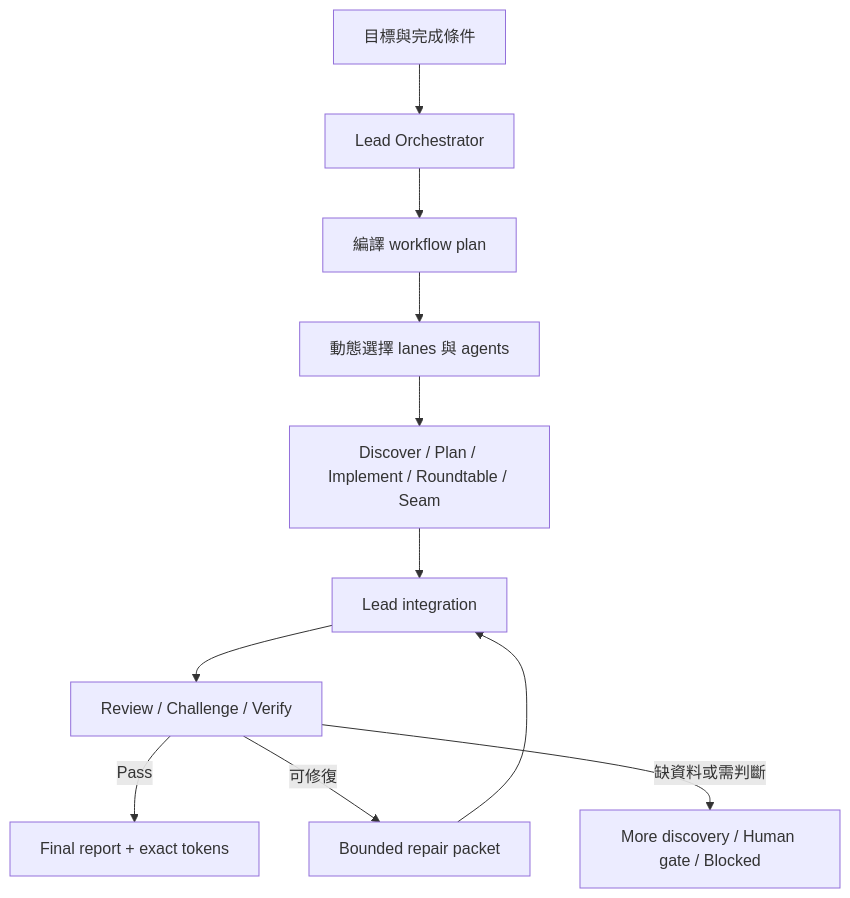
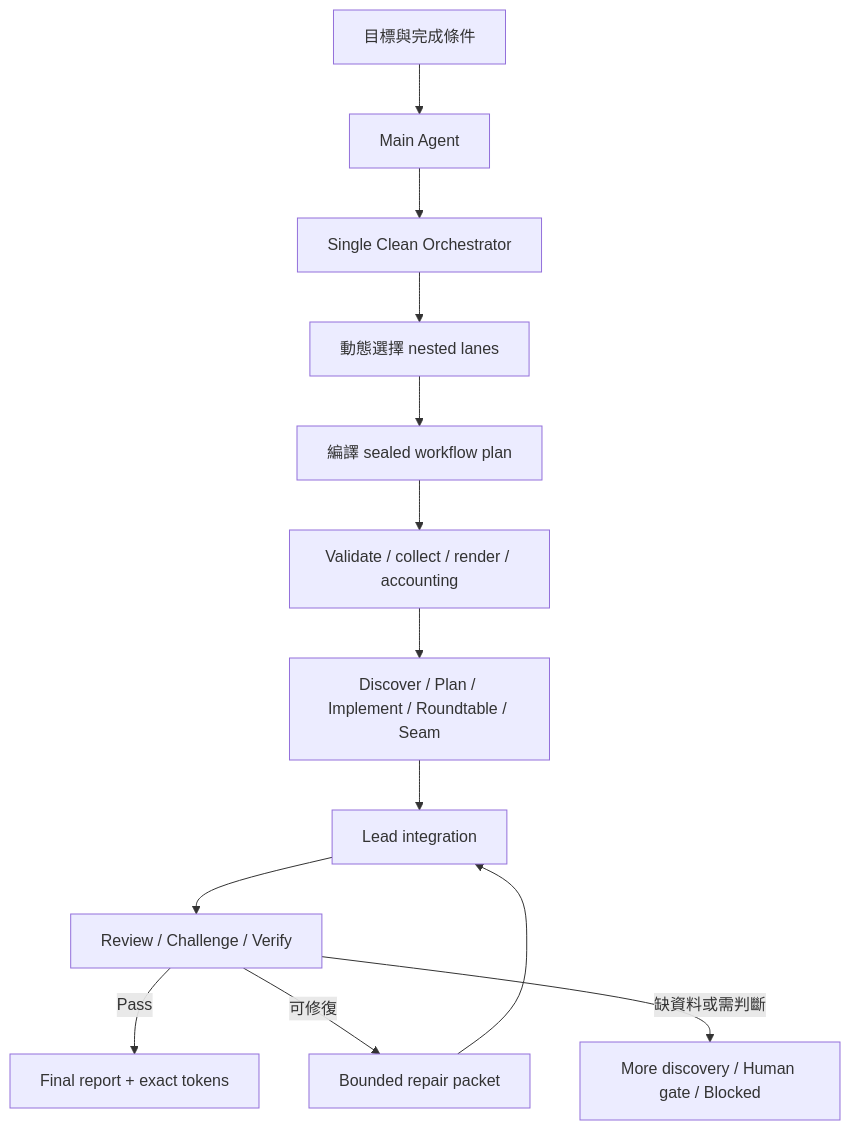
One commit to shaokanp/pi-skills changed the diagram in skills/agent-workflow/README.md. Above: the diagram before and after it, drawn with Mermaid. The commit also changed other lines of this file and 22 other files, not shown here.

Commit message:
Fix agent workflow token amplification

````diff
--- a/skills/agent-workflow/README.md
+++ b/skills/agent-workflow/README.md
@@ -70,13 +71,15 @@
 ```mermaid
 flowchart TD
-    Goal["目標與完成條件"] --> Lead["Lead Orchestrator"]
-    Lead --> Compile["編譯 workflow plan"]
-    Compile --> Lanes["動態選擇 lanes 與 agents"]
-    Lanes --> Work["Discover / Plan / Implement / Roundtable / Seam"]
+    Goal["目標與完成條件"] --> Main["Main Agent"]
+    Main --> Clean["Single Clean Orchestrator"]
+    Clean --> Lanes["動態選擇 nested lanes"]
+    Lanes --> Compile["編譯 sealed workflow plan"]
+    Compile --> Controller["Validate / collect / render / accounting"]
+    Controller --> Work["Discover / Plan / Implement / Roundtable / Seam"]
     Work --> Integrate["Lead integration"]
     Integrate --> Assess["Review / Challenge / Verify"]
     Assess -->|"Pass"| Report["Final report + exact tokens"]
     Assess -->|"可修復"| Repair["Bounded repair packet"]
     Repair --> Integrate
     Assess -->|"缺資料或需判斷"| Gate["More discovery / Human gate / Blocked"]
 ```
````
